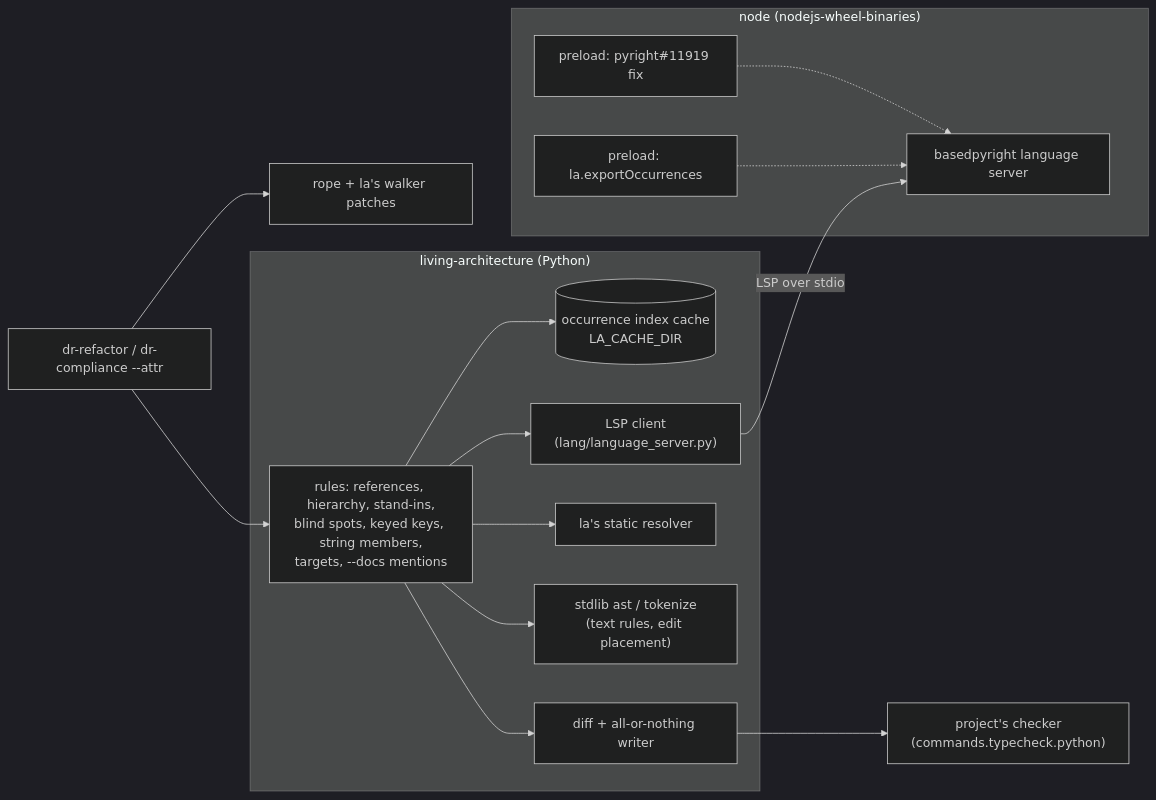
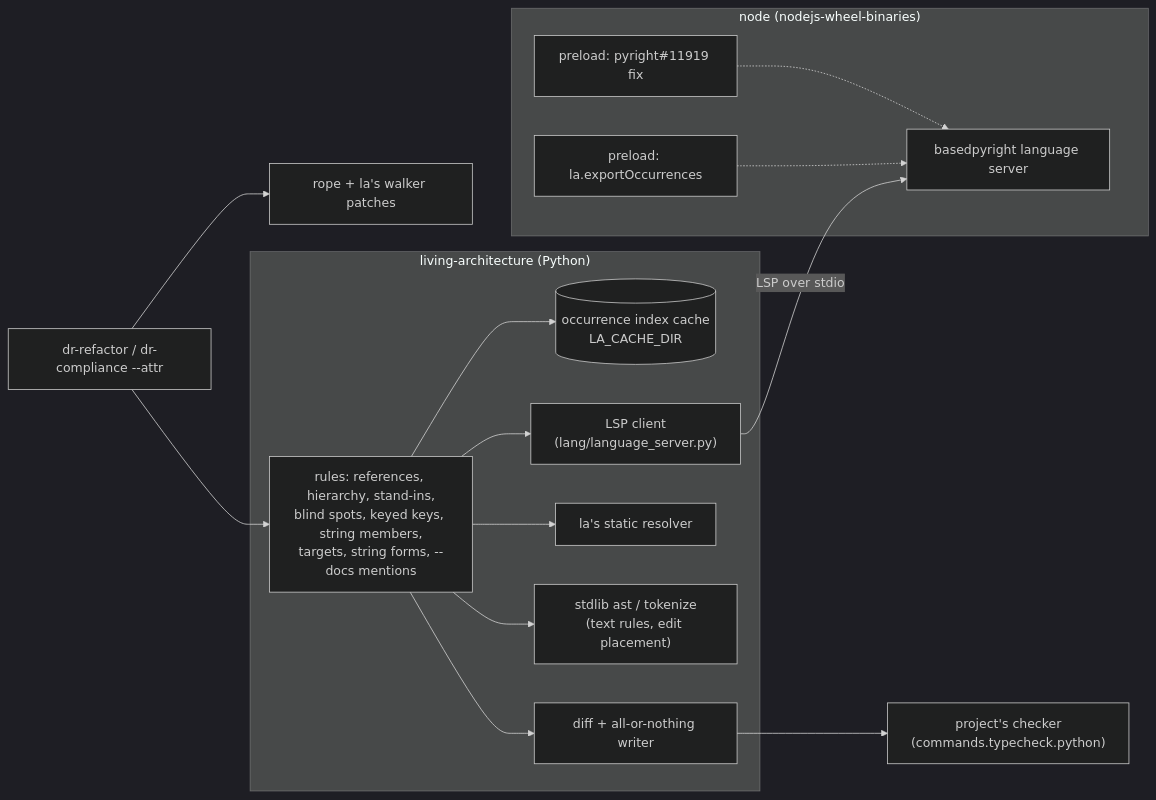
Before and after one commit to MotleyAI/living-architecture: the diagram in docs/refactoring-internals.md, drawn with Mermaid (dark theme). The commit also changed other lines of this file and 61 other files, not shown here.

````diff
--- a/docs/refactoring-internals.md
+++ b/docs/refactoring-internals.md
@@ -8,31 +8,31 @@
 ```mermaid
 flowchart LR
   cmd["dr-refactor / dr-compliance --attr"]
   subgraph la["living-architecture (Python)"]
-    rules["rules: references, hierarchy, stand-ins,<br/>blind spots, keyed keys, string members,<br/>targets, --docs mentions"]
+    rules["rules: references, hierarchy, stand-ins,<br/>blind spots, keyed keys, string members,<br/>targets, string forms, --docs mentions"]
     client["LSP client<br/>(lang/language_server.py)"]
     cache[("occurrence index cache<br/>LA_CACHE_DIR")]
     stdlib["stdlib ast / tokenize<br/>(text rules, edit placement)"]
     writer["diff + all-or-nothing writer"]
     static["la's static resolver"]
   end
   rope["rope + la's walker patches"]
   subgraph node["node (nodejs-wheel-binaries)"]
     ls["basedpyright language server"]
     patch["preload: pyright#11919 fix"]
     export["preload: la.exportOccurrences"]
   end
   checker["project's checker<br/>(commands.typecheck.python)"]
 
   cmd --> rope
   cmd --> rules
   rules --> cache
   rules --> client
   client -- "LSP over stdio" --> ls
   patch -.-> ls
   export -.-> ls
   rules --> static
   rules --> stdlib
   rules --> writer
   writer --> checker
 ```
````
